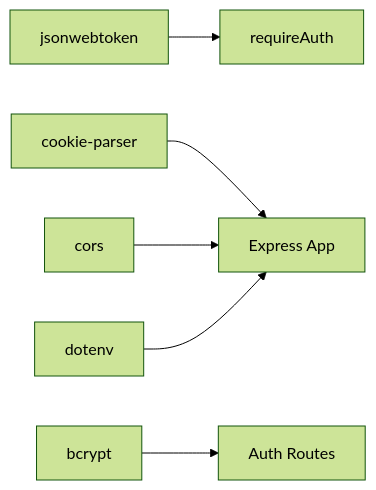
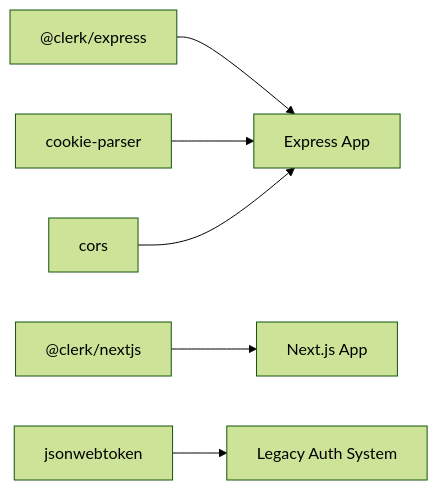
Before and after one commit to ZandileMkontwana/olympiad-portal: the sixth of 6 diagrams in .qoder/repowiki/en/content/Authentication & Authorization/Authentication Middleware.md, drawn with Mermaid (forest theme). The commit also changed other lines of this file and 16 other files, not shown here.

Commit message:
fix: test(backend): update tests for Clerk auth and Supabase storage

````diff
--- a/.qoder/repowiki/en/content/Authentication & Authorization/Authentication Middleware.md
+++ b/.qoder/repowiki/en/content/Authentication & Authorization/Authentication Middleware.md
@@ -213,8 +249,8 @@
 ```mermaid
 graph LR
-JWT["jsonwebtoken"] --> AuthMW["requireAuth"]
-CP["cookie-parser"] --> App["Express App"]
+Clerk["@clerk/express"] --> App["Express App"]
+ClerkNext["@clerk/nextjs"] --> Frontend["Next.js App"]
+JWT["jsonwebtoken"] --> Legacy["Legacy Auth System"]
+CP["cookie-parser"] --> App
 CORS["cors"] --> App
-BC["bcrypt"] --> AuthRoutes["Auth Routes"]
-DOT["dotenv"] --> App
 ```
````
